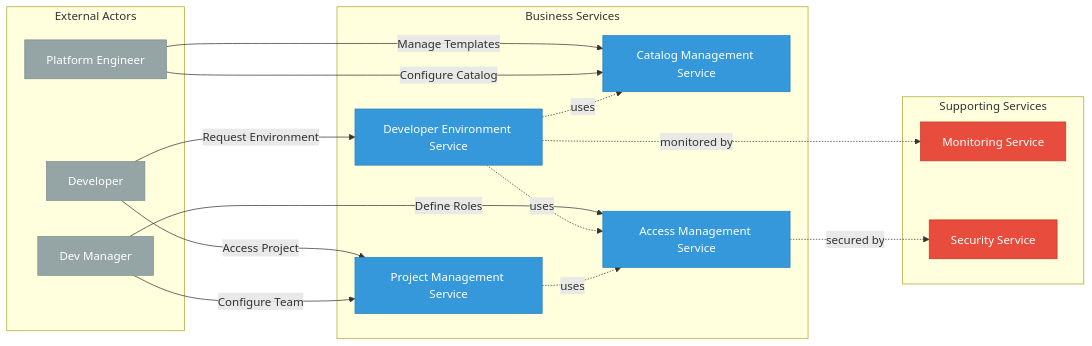
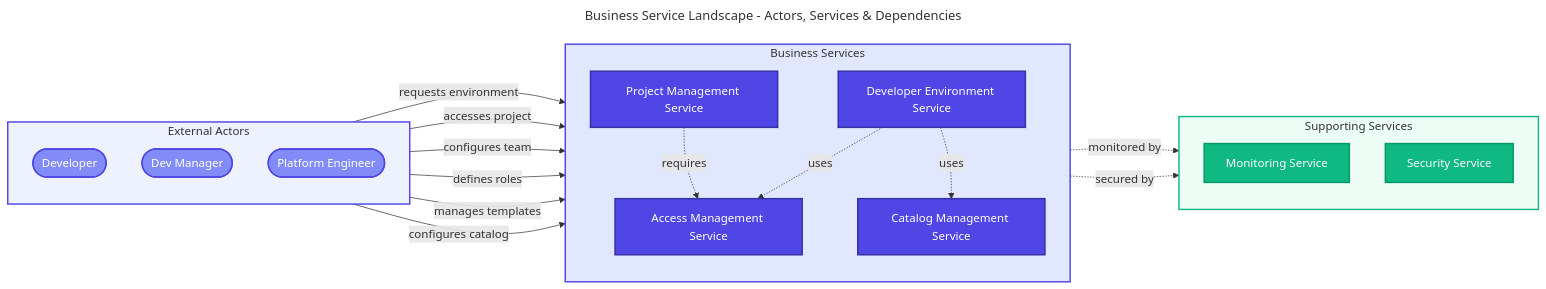
Before and after one commit to Evilazaro/DevExp-DevBox: the second of 7 diagrams in docs/architecture/Business_architecture_document.md, drawn with Mermaid. The commit also changed other lines of this file, not shown here.

Commit message:
Refactor Business Architecture diagrams for improved clarity and consistency

````diff
--- a/docs/architecture/Business_architecture_document.md
+++ b/docs/architecture/Business_architecture_document.md
@@ -179,41 +200,60 @@
 ```mermaid
-graph LR
-    subgraph "External Actors"
-        DEV[Developer]
-        DEV_MGR[Dev Manager]
-        PLATFORM_ENG[Platform Engineer]
+---
+title: Business Service Landscape - Actors, Services & Dependencies
+---
+flowchart LR
+    %% ===== EXTERNAL ACTORS =====
+    subgraph externalActors["External Actors"]
+        direction TB
+        dev(["Developer"])
+        devMgr(["Dev Manager"])
+        platformEng(["Platform Engineer"])
     end
 
-    subgraph "Business Services"
-        DEV_ENV_SVC[Developer Environment Service]
-        PROJ_SVC[Project Management Service]
-        CATALOG_SVC[Catalog Management Service]
-        ACCESS_SVC[Access Management Service]
+    %% ===== BUSINESS SERVICES =====
+    subgraph businessServices["Business Services"]
+        direction TB
+        devEnvSvc["Developer Environment Service"]
+        projSvc["Project Management Service"]
+        catalogSvc["Catalog Management Service"]
+        accessSvc["Access Management Service"]
     end
 
-    subgraph "Supporting Services"
-        MONITOR_SVC[Monitoring Service]
-        SECURITY_SVC[Security Service]
+    %% ===== SUPPORTING SERVICES =====
+    subgraph supportingServices["Supporting Services"]
+        direction TB
+        monitorSvc["Monitoring Service"]
+        securitySvc["Security Service"]
     end
 
-    DEV -->|Request Environment| DEV_ENV_SVC
-    DEV -->|Access Project| PROJ_SVC
-    DEV_MGR -->|Configure Team| PROJ_SVC
-    DEV_MGR -->|Define Roles| ACCESS_SVC
-    PLATFORM_ENG -->|Manage Templates| CATALOG_SVC
-    PLATFORM_ENG -->|Configure Catalog| CATALOG_SVC
+    %% ===== ACTOR TO SERVICE INTERACTIONS =====
+    dev -->|requests environment| devEnvSvc
+    dev -->|accesses project| projSvc
+    devMgr -->|configures team| projSvc
+    devMgr -->|defines roles| accessSvc
+    platformEng -->|manages templates| catalogSvc
+    platformEng -->|configures catalog| catalogSvc
 
-    DEV_ENV_SVC -.uses.-> ACCESS_SVC
-    DEV_ENV_SVC -.uses.-> CATALOG_SVC
-    PROJ_SVC -.uses.-> ACCESS_SVC
-    DEV_ENV_SVC -.monitored by.-> MONITOR_SVC
-    ACCESS_SVC -.secured by.-> SECURITY_SVC
+    %% ===== SERVICE DEPENDENCIES =====
+    devEnvSvc -.->|uses| accessSvc
+    devEnvSvc -.->|uses| catalogSvc
+    projSvc -.->|requires| accessSvc
+    devEnvSvc -.->|monitored by| monitorSvc
+    accessSvc -.->|secured by| securitySvc
 
-    classDef actor fill:#95A5A6,stroke:#7F8C8D,color:#FFF
-    classDef businessService fill:#3498DB,stroke:#2980B9,color:#FFF
-    classDef supportService fill:#E74C3C,stroke:#C0392B,color:#FFF
+    %% ===== STYLING: NODE CLASSES =====
+    classDef trigger fill:#818CF8,stroke:#4F46E5,color:#FFFFFF,stroke-width:2px
+    classDef primary fill:#4F46E5,stroke:#3730A3,color:#FFFFFF,stroke-width:2px
+    classDef secondary fill:#10B981,stroke:#059669,color:#FFFFFF,stroke-width:2px
+    classDef failed fill:#F44336,stroke:#C62828,color:#FFFFFF,stroke-width:2px
 
-    class DEV,DEV_MGR,PLATFORM_ENG actor
-    class DEV_ENV_SVC,PROJ_SVC,CATALOG_SVC,ACCESS_SVC businessService
-    class MONITOR_SVC,SECURITY_SVC supportService
+    %% ===== APPLY NODE CLASSES =====
+    class dev,devMgr,platformEng trigger
+    class devEnvSvc,projSvc,catalogSvc,accessSvc primary
+    class monitorSvc,securitySvc secondary
+
+    %% ===== STYLING: SUBGRAPHS =====
+    style externalActors fill:#EEF2FF,stroke:#4F46E5,stroke-width:2px
+    style businessServices fill:#E0E7FF,stroke:#4F46E5,stroke-width:2px
+    style supportingServices fill:#ECFDF5,stroke:#10B981,stroke-width:2px
 ```
````
